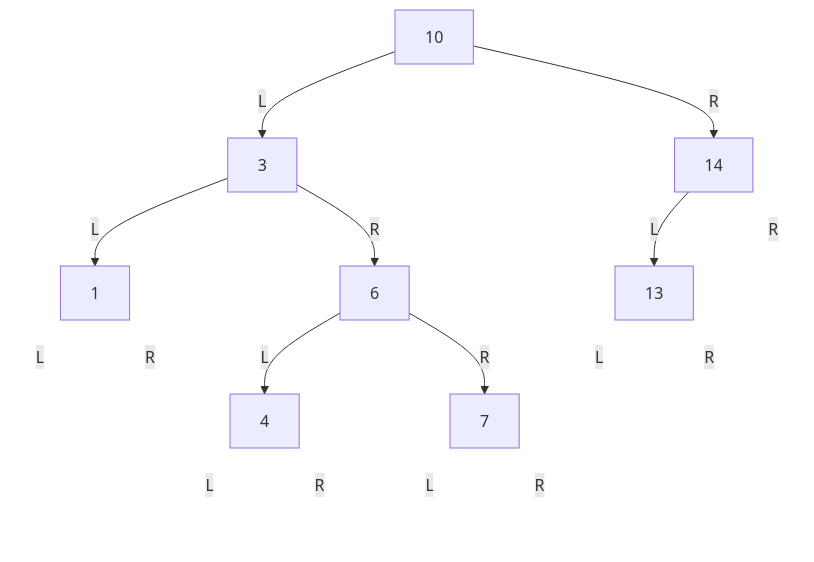
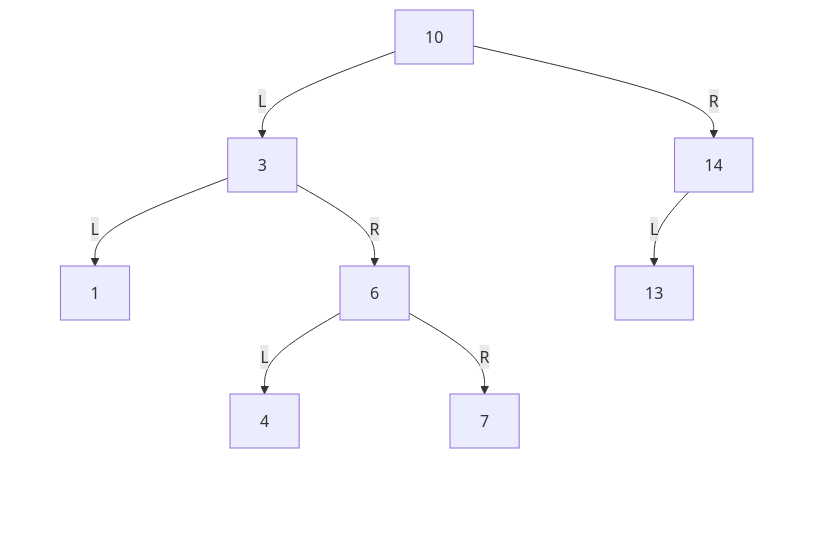
Before and after one commit to FormingSystem/linux_note: the sixth of 19 diagrams in knowledge/linux/data_structures/红黑树_rb-tree/P22_BST删除与子树回接.md, drawn with Mermaid. The commit also changed other lines of this file and 3 other files, not shown here.

````diff
--- a/knowledge/linux/data_structures/红黑树_rb-tree/P22_BST删除与子树回接.md
+++ b/knowledge/linux/data_structures/红黑树_rb-tree/P22_BST删除与子树回接.md
@@ -375,62 +375,62 @@
 ```mermaid
 graph TD
 		A["10"]
 
 		B["3"]
 		C["14"]
 
 		D["1"]
 		E["6"]
 		F["13"]
 		C_R[" "]
 
 		D_L[" "]
 		D_R[" "]
 		G["4"]
 		H["7"]
 		F_L[" "]
 		F_R[" "]
 
 		G_L[" "]
 		G_R[" "]
 		H_L[" "]
 		H_R[" "]
 
 	A -->|L| B
 	A -->|R| C
 
 	B -->|L| D
 	B -->|R| E
 
 	C -->|L| F
-	C -->|R| C_R
+	C --> C_R
 
-	D -->|L| D_L
-	D -->|R| D_R
+	D --> D_L
+	D --> D_R
 
 	E -->|L| G
 	E -->|R| H
 
-	F -->|L| F_L
-	F -->|R| F_R
+	F --> F_L
+	F --> F_R
 
-	G -->|L| G_L
-	G -->|R| G_R
+	G --> G_L
+	G --> G_R
 
-	H -->|L| H_L
-	H -->|R| H_R
+	H --> H_L
+	H --> H_R
 
 	classDef ghost fill:transparent,stroke:transparent,color:transparent;
 	class C_R,D_L,D_R,F_L,F_R,G_L,G_R,H_L,H_R ghost;
 
 
 	linkStyle 5 stroke:transparent;
 	linkStyle 6 stroke:transparent;
 	linkStyle 7 stroke:transparent;
 	linkStyle 10 stroke:transparent;
 	linkStyle 11 stroke:transparent;
 	linkStyle 12 stroke:transparent;
 	linkStyle 13 stroke:transparent;
 	linkStyle 14 stroke:transparent;
 	linkStyle 15 stroke:transparent;
 ```
````
